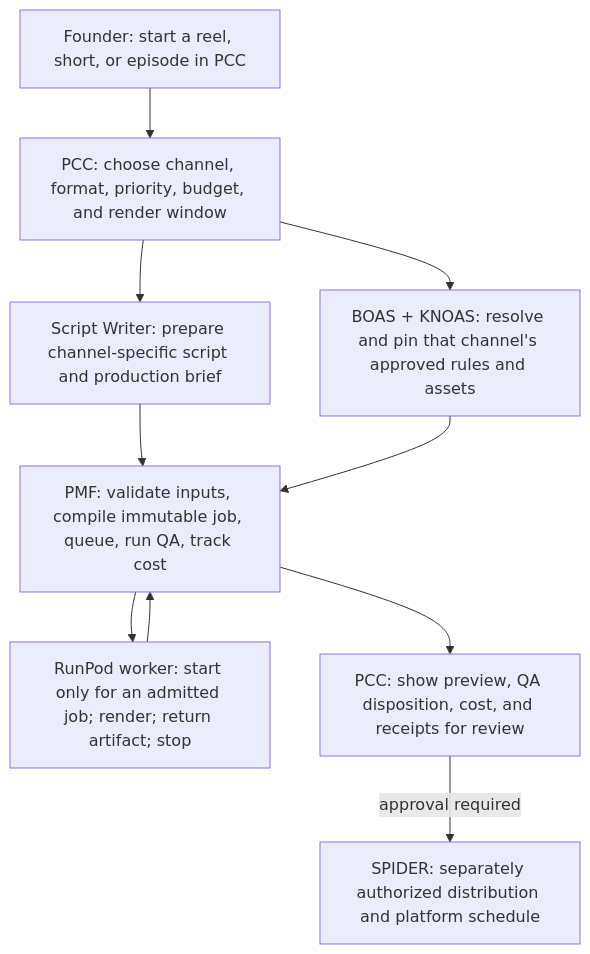
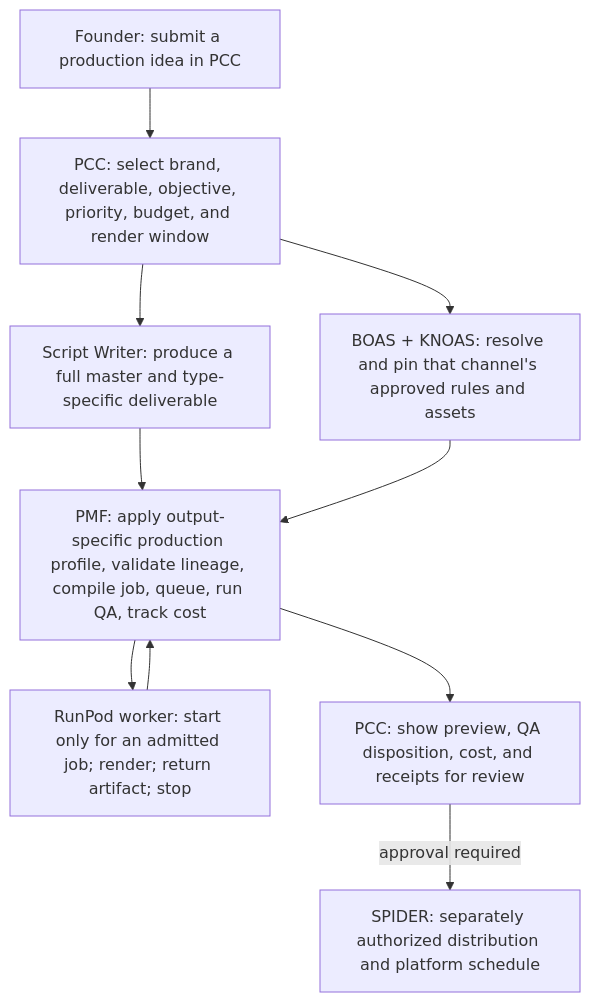
Before and after one commit to risingphnxhq/pcc-command-center: the diagram in docs/animation-engine-pcc-map-v1.md, drawn with Mermaid. The commit also changed other lines of this file, not shown here.

````diff
--- a/docs/animation-engine-pcc-map-v1.md
+++ b/docs/animation-engine-pcc-map-v1.md
@@ -9,21 +9,21 @@
 ```mermaid
 flowchart TD
-  Founder["Founder: start a reel, short, or episode in PCC"]
-  PCC["PCC: choose channel, format, priority, budget, and render window"]
-  Writer["Script Writer: prepare channel-specific script and production brief"]
+  Founder["Founder: submit a production idea in PCC"]
+  PCC["PCC: select brand, deliverable, objective, priority, budget, and render window"]
+  Writer["Script Writer: produce a full master and type-specific deliverable"]
   Canon["BOAS + KNOAS: resolve and pin that channel's approved rules and assets"]
-  PMF["PMF: validate inputs, compile immutable job, queue, run QA, track cost"]
+  PMF["PMF: apply output-specific production profile, validate lineage, compile job, queue, run QA, track cost"]
   GPU["RunPod worker: start only for an admitted job; render; return artifact; stop"]
   Review["PCC: show preview, QA disposition, cost, and receipts for review"]
   Spider["SPIDER: separately authorized distribution and platform schedule"]
 
   Founder --> PCC
   PCC --> Writer
   PCC --> Canon
   Writer --> PMF
   Canon --> PMF
   PMF --> GPU
   GPU --> PMF
   PMF --> Review
   Review -->|"approval required"| Spider
 ```
````
